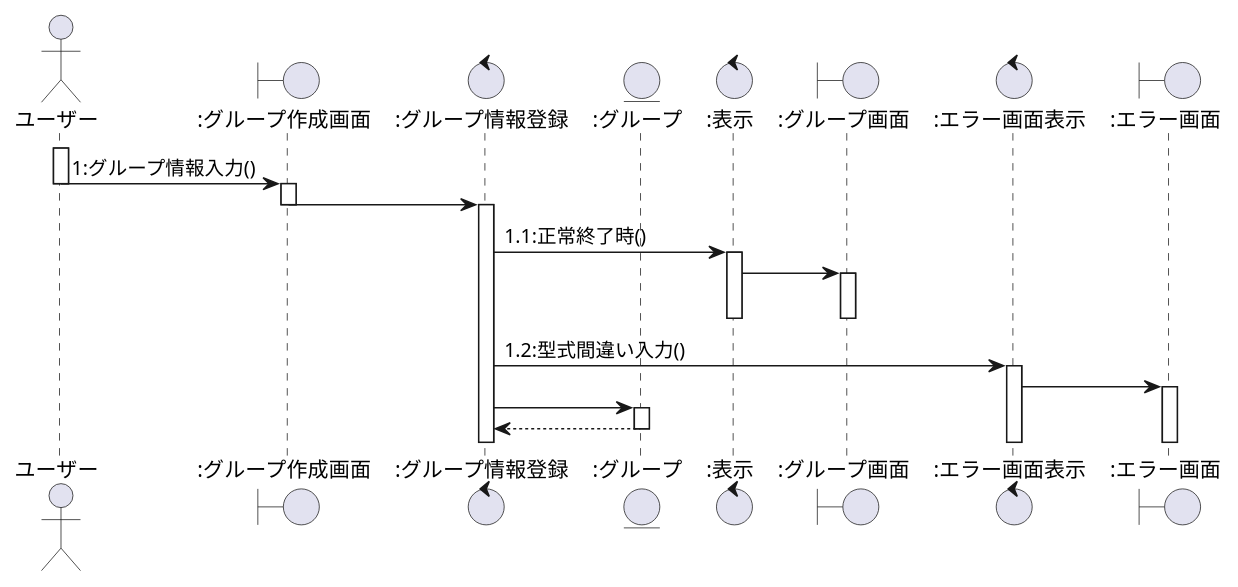
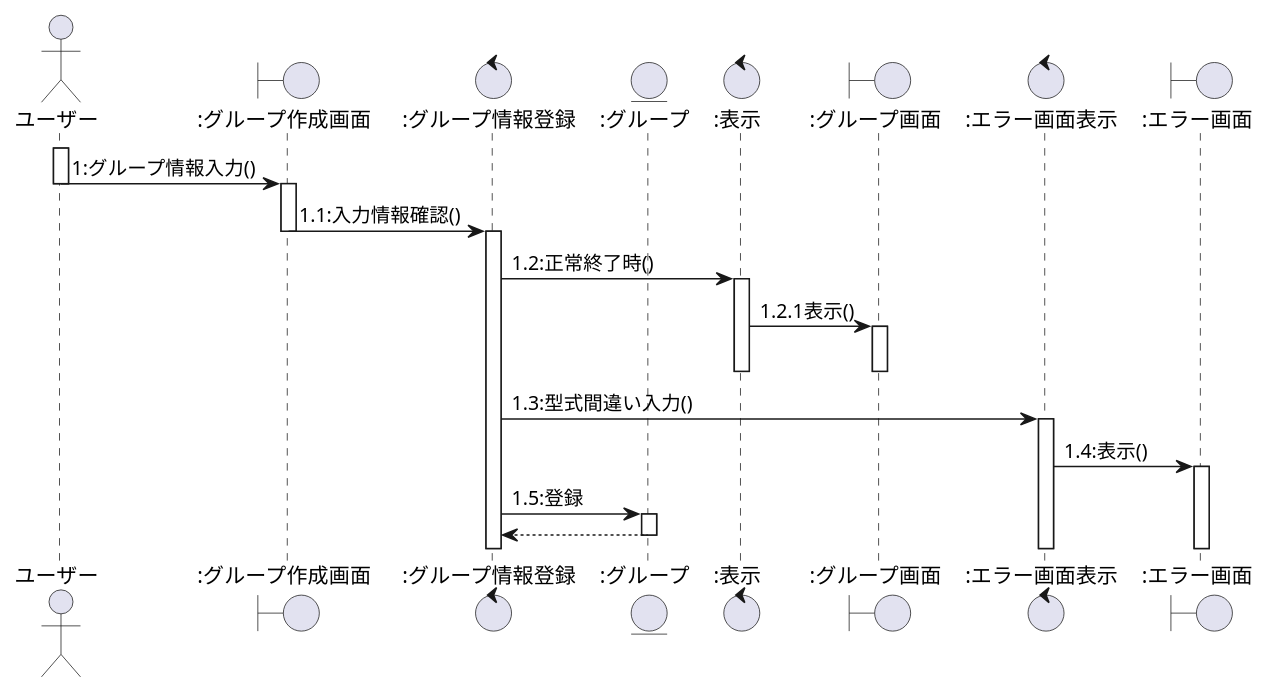
One commit to ksw2270227/GroupF changed the first of 7 diagrams in user2_sequence.plantuml. Above: the diagram before and after it, drawn with PlantUML. The commit also changed other lines of this file and 1 other file, not shown here.

```diff
--- a/user2_sequence.plantuml
+++ b/user2_sequence.plantuml
@@ -1,32 +1,32 @@
 @startuml グループ作成シーケンス図
 actor ユーザー as 0
 boundary ":グループ作成画面" as a
 control ":グループ情報登録" as b
 entity ":グループ" as c
 control ":表示" as d
 boundary ":グループ画面" as e
 control ":エラー画面表示" as f
 boundary ":エラー画面" as g
 
 activate 0
     0 -> a:1:グループ情報入力()
     deactivate 0
     activate a
-    a -> b
+    a -> b:1.1:入力情報確認()
     deactivate a
     activate b
-    b -> d:1.1:正常終了時()
+    b -> d:1.2:正常終了時()
     activate d
-    d -> e
+    d -> e:1.2.1表示()
     activate e
     deactivate e
     deactivate d
-    b -> f:1.2:型式間違い入力()
+    b -> f:1.3:型式間違い入力()
     activate f
-    f -> g
+    f -> g:1.4:表示()
     activate g
-    b -> c
+    b -> c:1.5:登録
     activate c
     c --> b
     deactivate c
 @enduml
```
